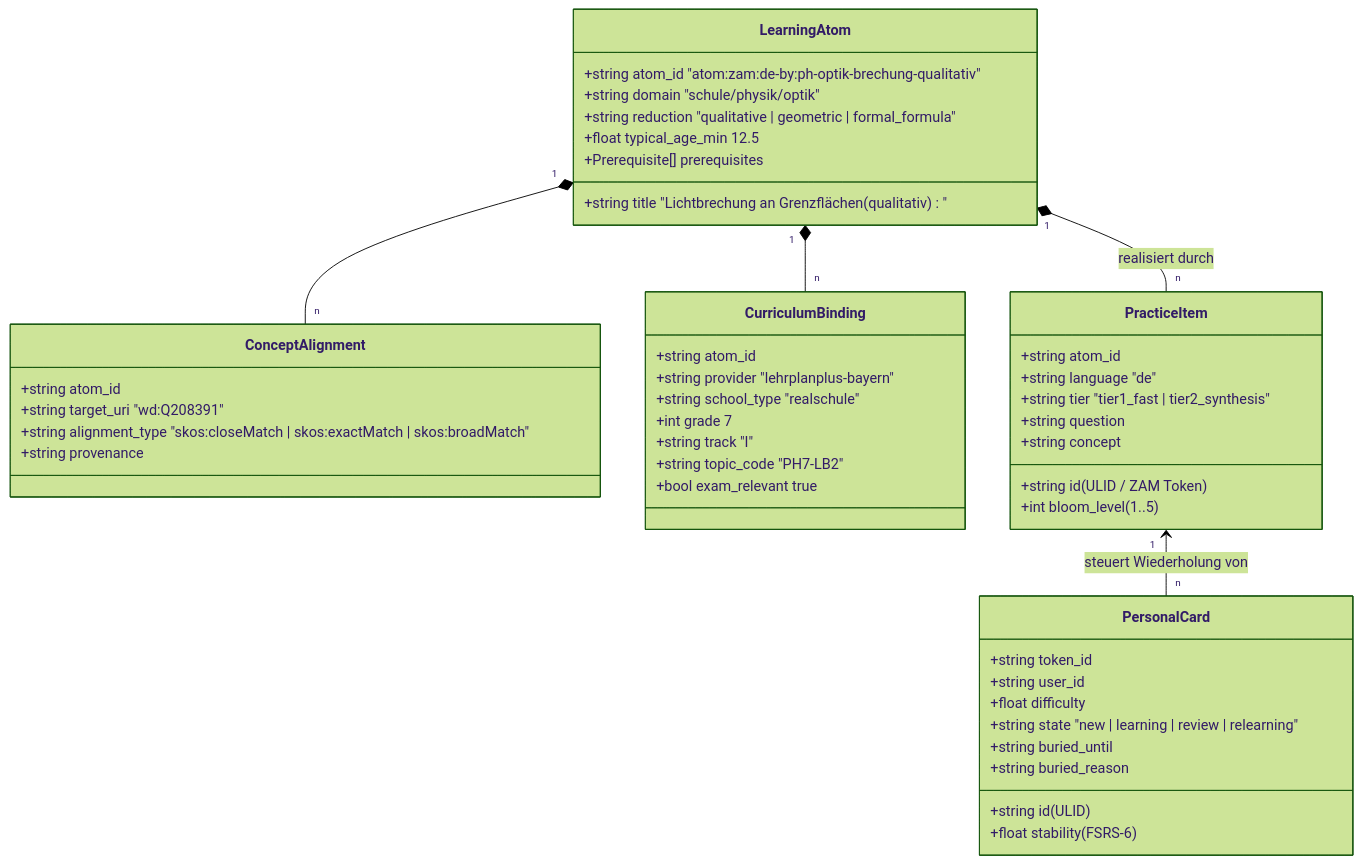
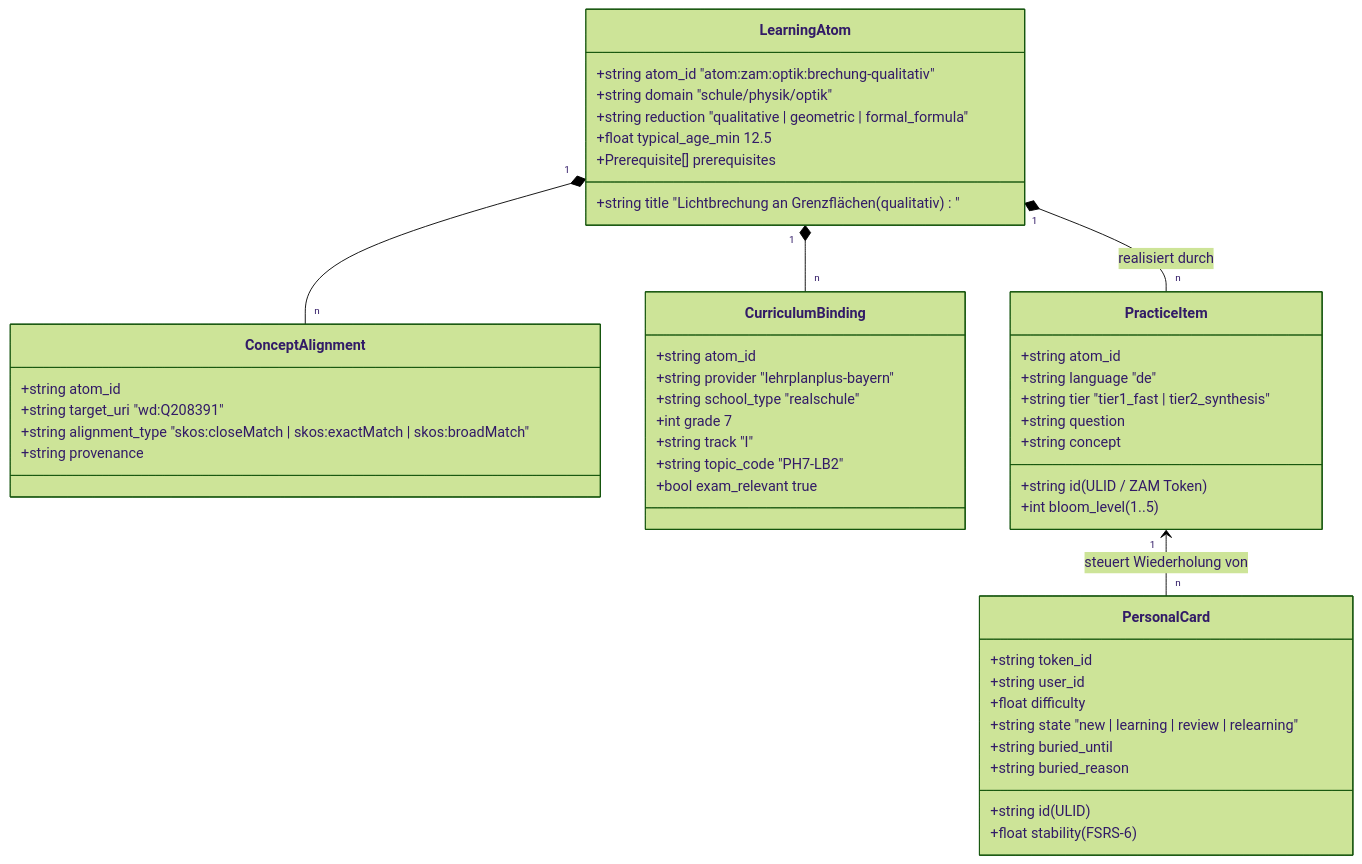
The diagram in docs/concepts/central-learning-path-architecture.md (zam-os/zam), drawn with Mermaid (forest theme) before and after one commit. The commit also changed other lines of this file and 15 other files, not shown here.

````diff
--- a/docs/concepts/central-learning-path-architecture.md
+++ b/docs/concepts/central-learning-path-architecture.md
@@ -74,54 +74,54 @@
 ```mermaid
 classDiagram
     class LearningAtom {
-        +string atom_id "atom:zam:de-by:ph-optik-brechung-qualitativ"
+        +string atom_id "atom:zam:optik:brechung-qualitativ"
         +string title "Lichtbrechung an Grenzflächen (qualitativ)"
         +string domain "schule/physik/optik"
         +string reduction "qualitative | geometric | formal_formula"
         +float typical_age_min 12.5
         +Prerequisite[] prerequisites
     }
 
     class ConceptAlignment {
         +string atom_id
         +string target_uri "wd:Q208391"
         +string alignment_type "skos:closeMatch | skos:exactMatch | skos:broadMatch"
         +string provenance
     }
 
     class CurriculumBinding {
         +string atom_id
         +string provider "lehrplanplus-bayern"
         +string school_type "realschule"
         +int grade 7
         +string track "I"
         +string topic_code "PH7-LB2"
         +bool exam_relevant true
     }
 
     class PracticeItem {
         +string id (ULID / ZAM Token)
         +string atom_id
         +string language "de"
         +int bloom_level (1..5)
         +string tier "tier1_fast | tier2_synthesis"
         +string question
         +string concept
     }
 
     class PersonalCard {
         +string id (ULID)
         +string token_id
         +string user_id
         +float stability (FSRS-6)
         +float difficulty
         +string state "new | learning | review | relearning"
         +string buried_until
         +string buried_reason
     }
 
     LearningAtom "1" *-- "n" ConceptAlignment
     LearningAtom "1" *-- "n" CurriculumBinding
     LearningAtom "1" *-- "n" PracticeItem : realisiert durch
     PracticeItem "1" <-- "n" PersonalCard : steuert Wiederholung von
 ```
````
